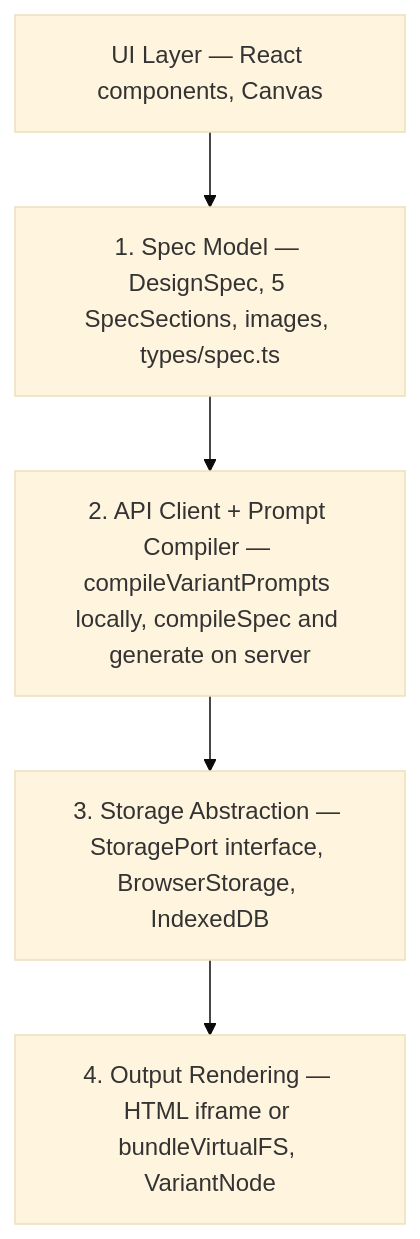
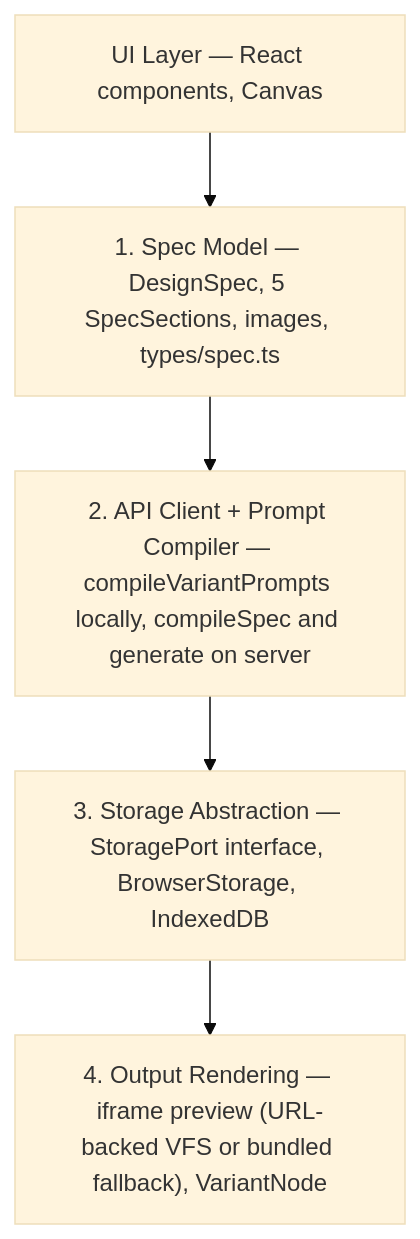
Before and after one commit to wolfyy970/designer: the third of 4 diagrams in ARCHITECTURE.md, drawn with Mermaid (base theme). The commit also changed other lines of this file and 66 other files, not shown here.

````diff
--- a/ARCHITECTURE.md
+++ b/ARCHITECTURE.md
@@ -110,10 +110,10 @@
 ```mermaid
 flowchart TB
   ui["UI Layer — React components, Canvas"]
   spec["1. Spec Model — DesignSpec, 5 SpecSections, images, types/spec.ts"]
   api["2. API Client + Prompt Compiler — compileVariantPrompts locally, compileSpec and generate on server"]
   storage["3. Storage Abstraction — StoragePort interface, BrowserStorage, IndexedDB"]
-  output["4. Output Rendering — HTML iframe or bundleVirtualFS, VariantNode"]
+  output["4. Output Rendering — iframe preview (URL-backed VFS or bundled fallback), VariantNode"]
 
   ui --> spec --> api --> storage --> output
 ```
````
